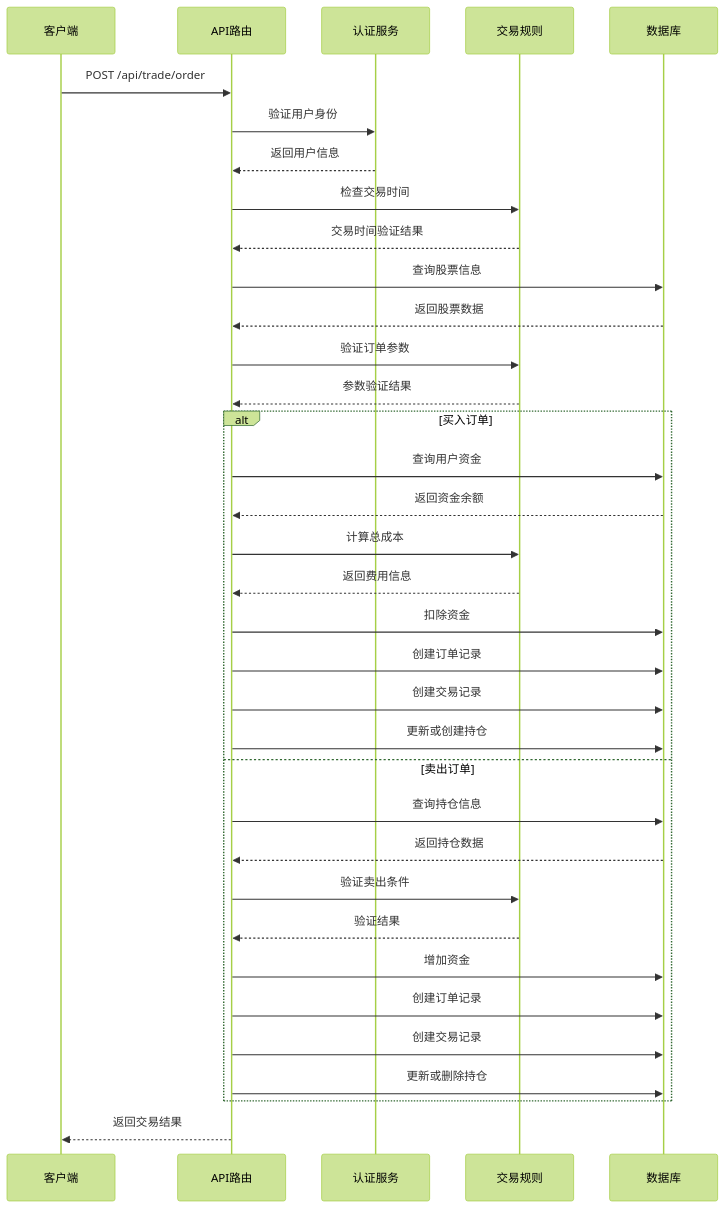
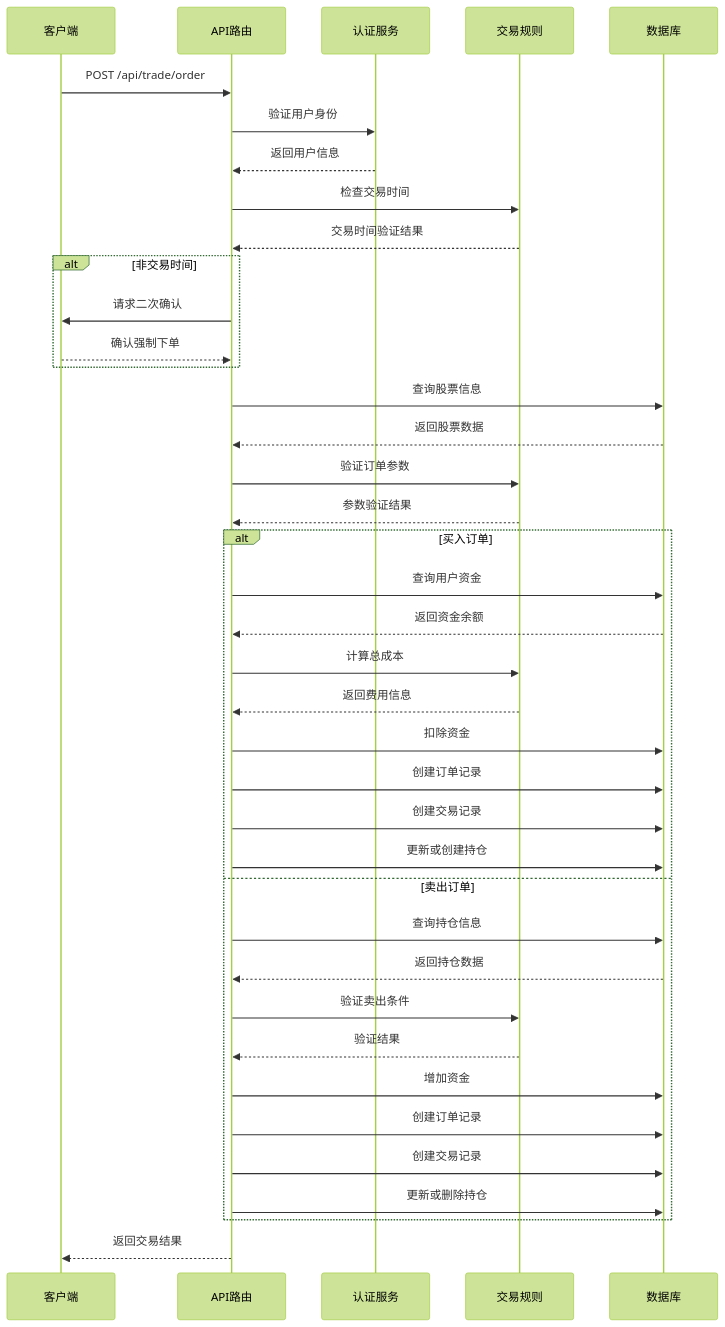
One commit to javalittleman1/virtual-stock-trading changed the second of 7 diagrams in .qoder/repowiki/zh/content/API接口文档/交易系统API/委托下单API.md. Above: the diagram before and after it, drawn with Mermaid (forest theme). The commit also changed other lines of this file and 5 other files, not shown here.

````diff
--- a/.qoder/repowiki/zh/content/API接口文档/交易系统API/委托下单API.md
+++ b/.qoder/repowiki/zh/content/API接口文档/交易系统API/委托下单API.md
@@ -105,37 +114,41 @@
 ```mermaid
 sequenceDiagram
 participant Client as 客户端
 participant API as API路由
 participant Auth as 认证服务
 participant Rules as 交易规则
 participant DB as 数据库
 Client->>API : POST /api/trade/order
 API->>Auth : 验证用户身份
 Auth-->>API : 返回用户信息
 API->>Rules : 检查交易时间
 Rules-->>API : 交易时间验证结果
+alt 非交易时间
+API->>Client : 请求二次确认
+Client-->>API : 确认强制下单
+end
 API->>DB : 查询股票信息
 DB-->>API : 返回股票数据
 API->>Rules : 验证订单参数
 Rules-->>API : 参数验证结果
 alt 买入订单
 API->>DB : 查询用户资金
 DB-->>API : 返回资金余额
 API->>Rules : 计算总成本
 Rules-->>API : 返回费用信息
 API->>DB : 扣除资金
 API->>DB : 创建订单记录
 API->>DB : 创建交易记录
 API->>DB : 更新或创建持仓
 else 卖出订单
 API->>DB : 查询持仓信息
 DB-->>API : 返回持仓数据
 API->>Rules : 验证卖出条件
 Rules-->>API : 验证结果
 API->>DB : 增加资金
 API->>DB : 创建订单记录
 API->>DB : 创建交易记录
 API->>DB : 更新或删除持仓
 end
 API-->>Client : 返回交易结果
 ```
````
